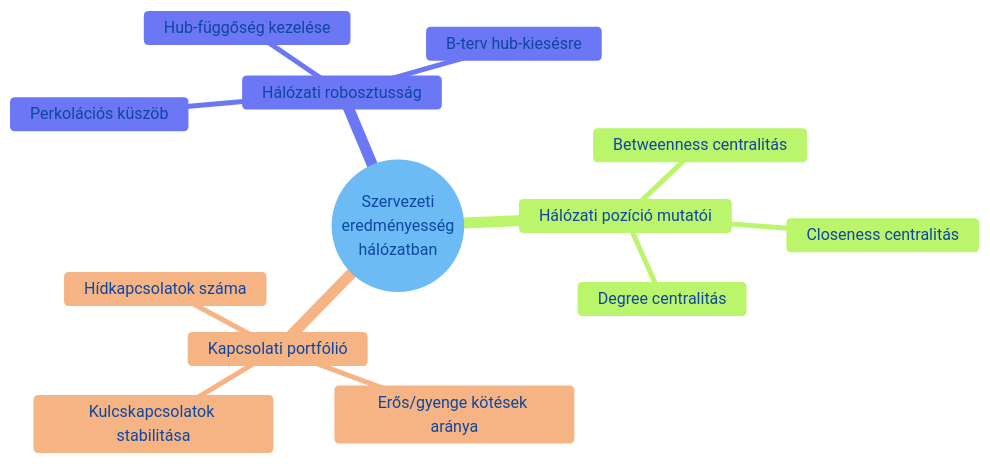
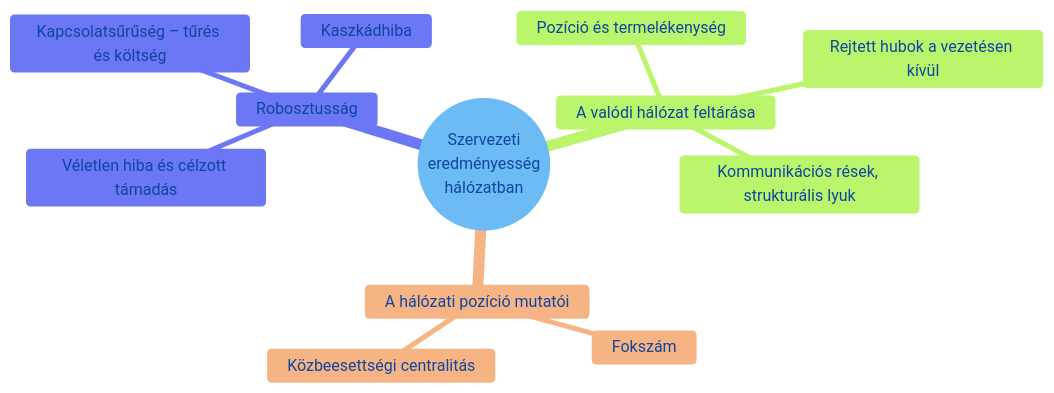
One commit to denespocsik/MM_BSC_Zarovizsga changed the fourth of 4 diagrams in Tételek/V20-GMXVU2MBLF-Hálózati üzleti stratégia.tétel.md. Above: the diagram before and after it, drawn with Mermaid. The commit also changed other lines of this file and 3 other files, not shown here.

````diff
--- a/Tételek/V20-GMXVU2MBLF-Hálózati üzleti stratégia.tétel.md
+++ b/Tételek/V20-GMXVU2MBLF-Hálózati üzleti stratégia.tétel.md
@@ -163,17 +154,16 @@
 ```mermaid
 %%{init: {'theme':'base','themeVariables':{'primaryColor':'#e3f2fd','primaryBorderColor':'#1565c0','primaryTextColor':'#0d47a1','lineColor':'#546e7a','fontFamily':'inherit'}}}%%
 mindmap
   root((Szervezeti<br/>eredményesség<br/>hálózatban))
-    Hálózati pozíció mutatói
-      Betweenness centralitás
-      Closeness centralitás
-      Degree centralitás
-    Kapcsolati portfólió
-      Kulcskapcsolatok stabilitása
-      Erős/gyenge kötések aránya
-      Hídkapcsolatok száma
-    Hálózati robosztusság
-      Perkolációs küszöb
-      Hub-függőség kezelése
-      B-terv hub-kiesésre
+    A valódi hálózat feltárása
+      Pozíció és termelékenység
+      Rejtett hubok a vezetésen kívül
+      Kommunikációs rések, strukturális lyuk
+    A hálózati pozíció mutatói
+      Fokszám
+      Közbeesettségi centralitás
+    Robosztusság
+      Véletlen hiba és célzott támadás
+      Kapcsolatsűrűség – tűrés és költség
+      Kaszkádhiba
 ```
````
